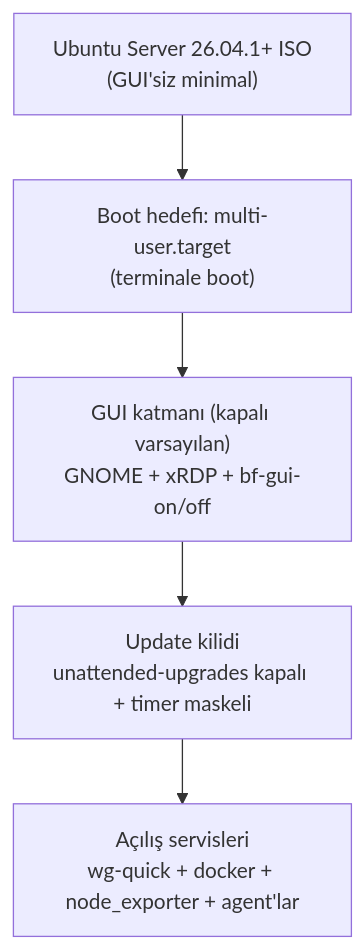
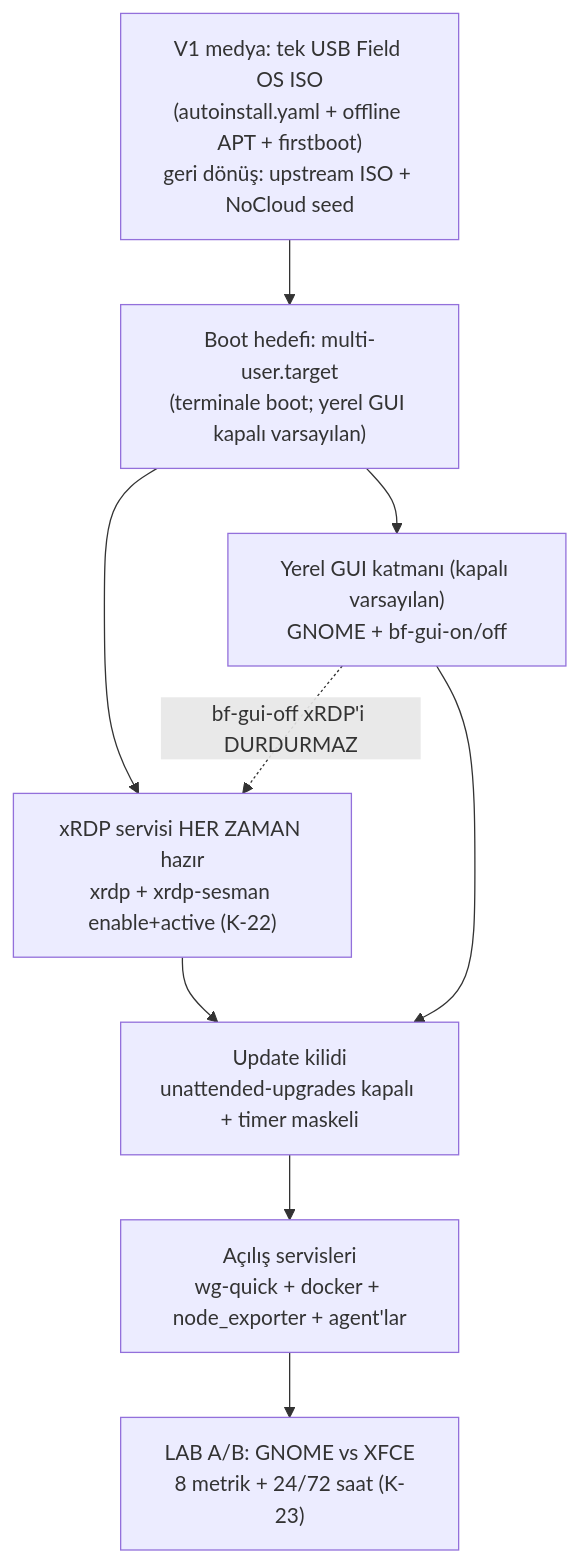
Before and after one commit to emirhanmamak-blueforce/Blueforce-Linux: the diagram in docs/03-UBUNTU-BASELINE.md, drawn with Mermaid. The commit also changed other lines of this file and 176 other files, not shown here.

````diff
--- a/docs/03-UBUNTU-BASELINE.md
+++ b/docs/03-UBUNTU-BASELINE.md
@@ -161,7 +174,11 @@
 ```mermaid
 flowchart TB
-    ISO["Ubuntu Server 26.04.1+ ISO<br/>(GUI'siz minimal)"] --> BOOT["Boot hedefi: multi-user.target<br/>(terminale boot)"]
-    BOOT --> GUI["GUI katmanı (kapalı varsayılan)<br/>GNOME + xRDP + bf-gui-on/off"]
-    GUI --> KILIT["Update kilidi<br/>unattended-upgrades kapalı + timer maskeli"]
+    ISO["V1 medya: tek USB Field OS ISO<br/>(autoinstall.yaml + offline APT + firstboot)<br/>geri dönüş: upstream ISO + NoCloud seed"] --> BOOT["Boot hedefi: multi-user.target<br/>(terminale boot; yerel GUI kapalı varsayılan)"]
+    BOOT --> GUI["Yerel GUI katmanı (kapalı varsayılan)<br/>GNOME + bf-gui-on/off"]
+    BOOT --> RDP["xRDP servisi HER ZAMAN hazır<br/>xrdp + xrdp-sesman enable+active (K-22)"]
+    GUI -.->|"bf-gui-off xRDP'i DURDURMAZ"| RDP
+    RDP --> KILIT["Update kilidi<br/>unattended-upgrades kapalı + timer maskeli"]
+    GUI --> KILIT
     KILIT --> SERVIS["Açılış servisleri<br/>wg-quick + docker + node_exporter + agent'lar"]
+    SERVIS --> AB["LAB A/B: GNOME vs XFCE<br/>8 metrik + 24/72 saat (K-23)"]
 ```
````
